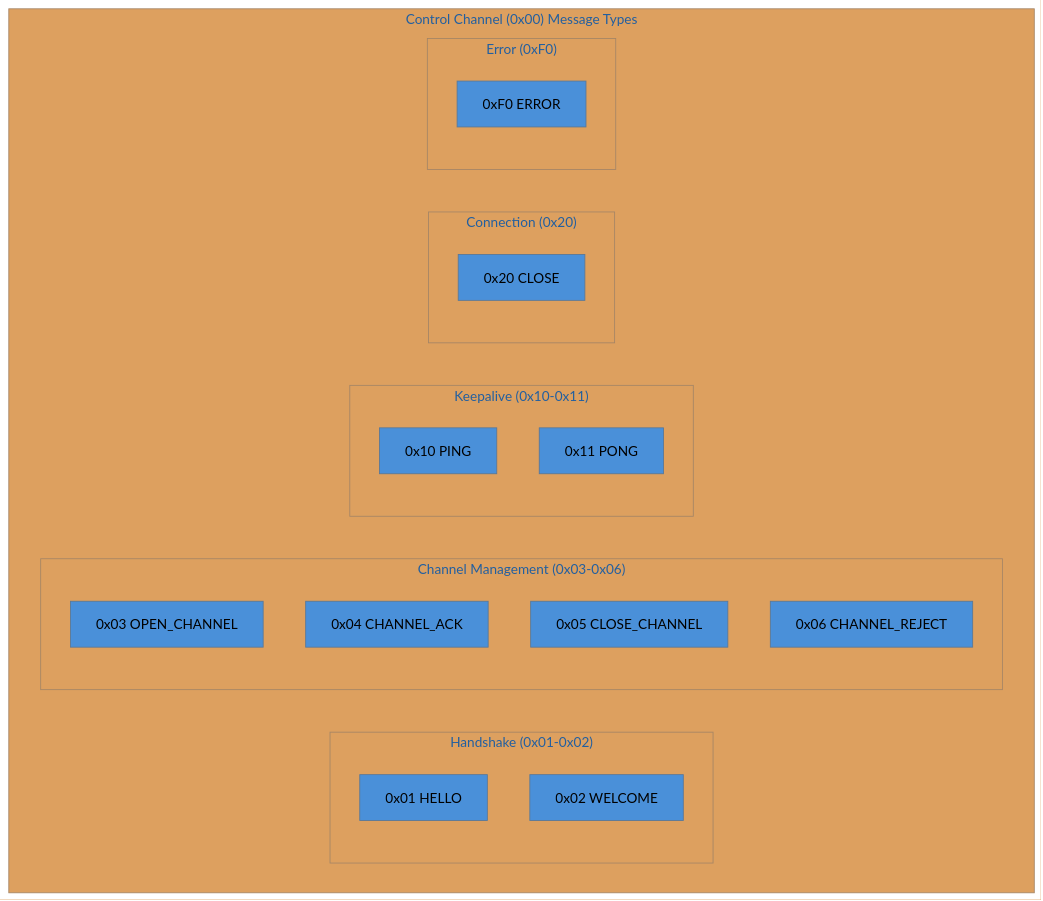
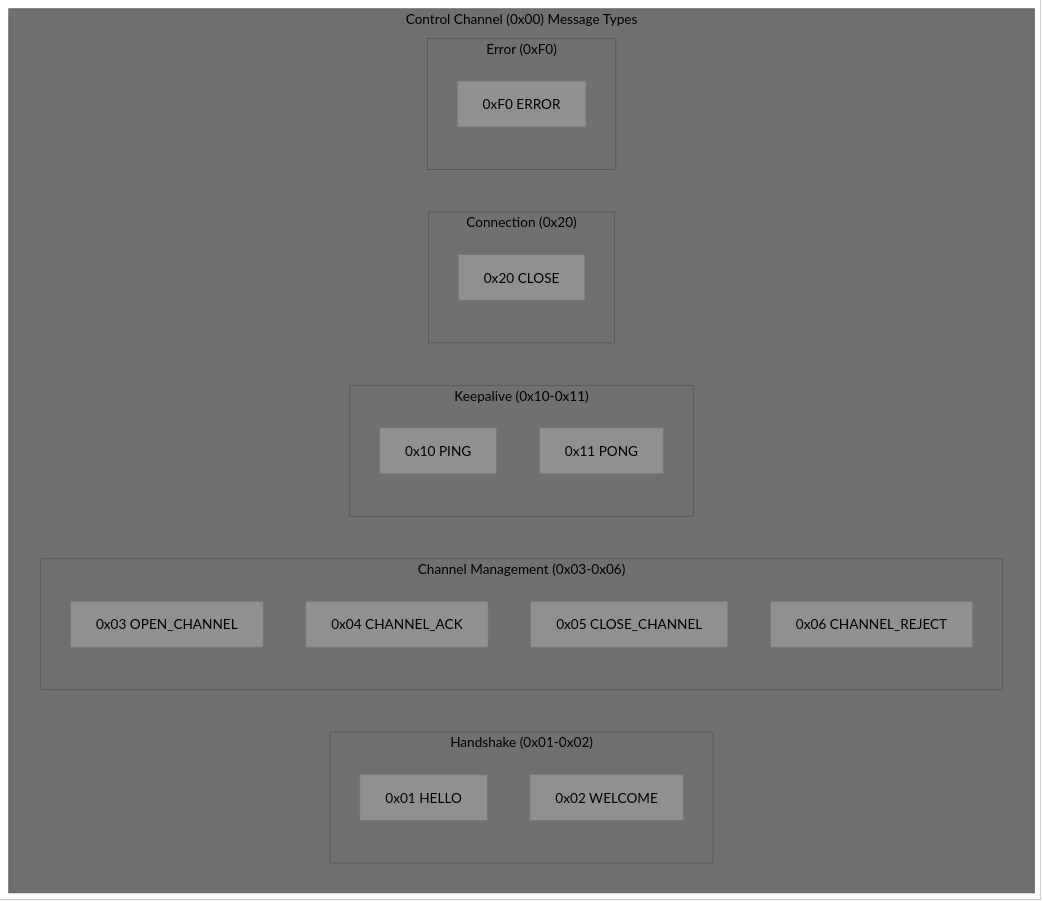
Before and after one commit to deftai/xumux: the fifth of 16 diagrams in README.md, drawn with Mermaid. The commit also changed other lines of this file, not shown here.

Commit message:
docs: apply grayscale theme to all README mermaid diagrams

````diff
--- a/README.md
+++ b/README.md
@@ -162,26 +162,26 @@
 ```mermaid
-%%{init: {'theme': 'base', 'themeVariables': {'primaryTextColor': '#000', 'primaryColor': '#4a90d9', 'lineColor': '#333'}}}%%
+%%{init: {'theme': 'base', 'themeVariables': {'primaryTextColor': '#000000', 'secondaryTextColor': '#000000', 'tertiaryTextColor': '#000000', 'noteTextColor': '#000000', 'primaryColor': '#909090', 'secondaryColor': '#808080', 'tertiaryColor': '#707070', 'lineColor': '#404040'}}}%%
 graph TD
     subgraph "Control Channel (0x00) Message Types"
         subgraph "Handshake (0x01-0x02)"
             H1["0x01 HELLO"]
             H2["0x02 WELCOME"]
         end
         subgraph "Channel Management (0x03-0x06)"
             C1["0x03 OPEN_CHANNEL"]
             C2["0x04 CHANNEL_ACK"]
             C3["0x05 CLOSE_CHANNEL"]
             C4["0x06 CHANNEL_REJECT"]
         end
         subgraph "Keepalive (0x10-0x11)"
             K1["0x10 PING"]
             K2["0x11 PONG"]
         end
         subgraph "Connection (0x20)"
             X1["0x20 CLOSE"]
         end
         subgraph "Error (0xF0)"
             E1["0xF0 ERROR"]
         end
     end
 ```
````
